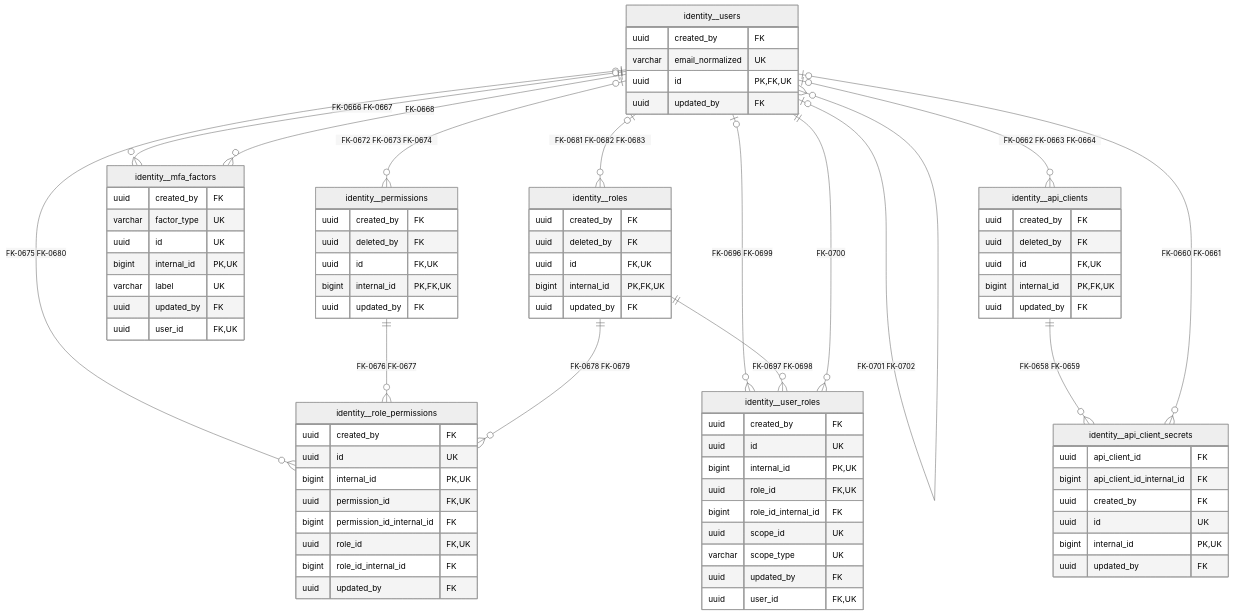
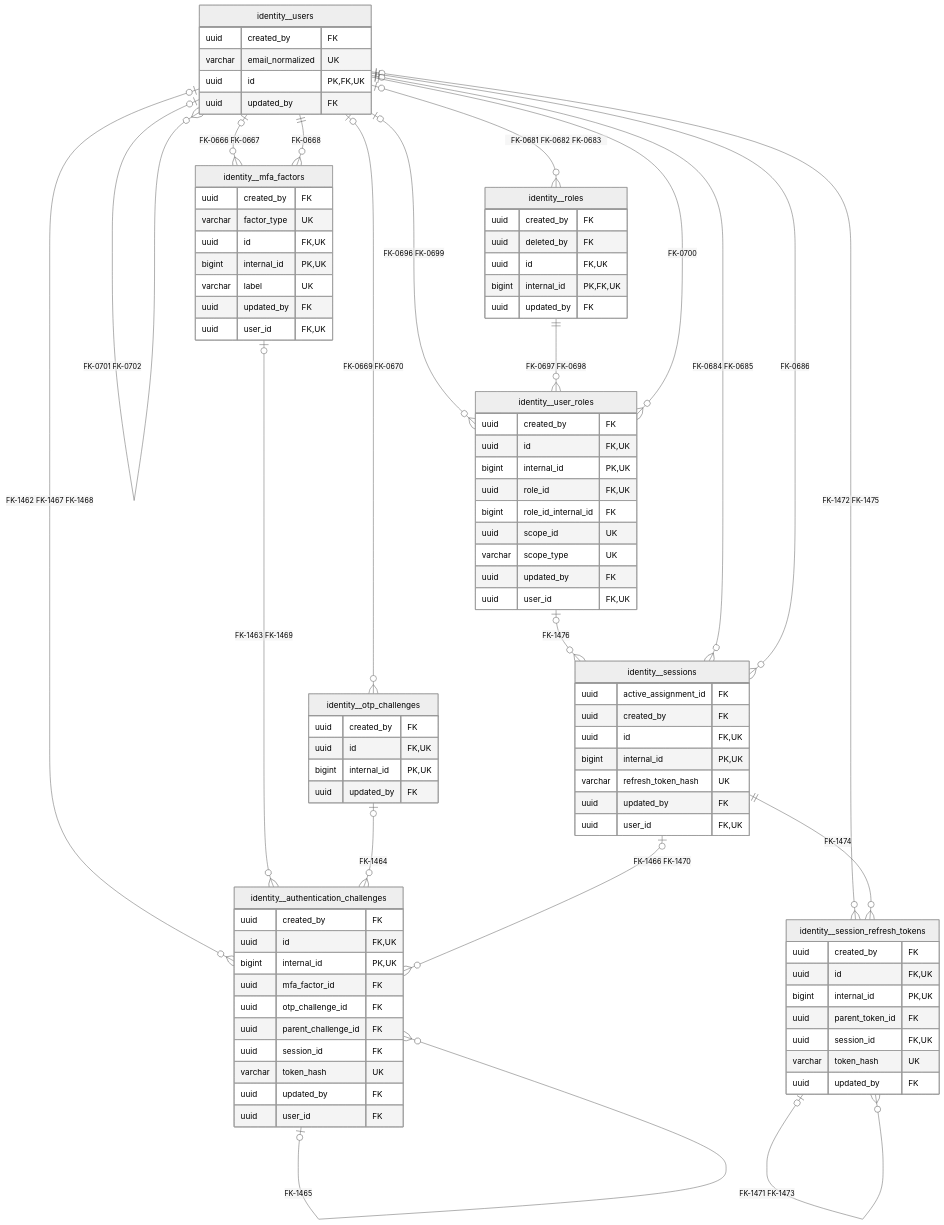
Before and after one commit to shiladityamajumder/pharmville-docs: the first of 2 diagrams in 04-Database/ER-Diagrams/10-identity.md, drawn with Mermaid (neutral theme). The commit also changed 116 other files, not shown here.

Commit message:
Unify authentication architecture and document scoped workspace authorization

````diff
--- a/04-Database/ER-Diagrams/10-identity.md
+++ b/04-Database/ER-Diagrams/10-identity.md
@@ -36,44 +38,30 @@
 ```mermaid
 erDiagram
-    identity__api_client_secrets {
-        uuid api_client_id FK
-        bigint api_client_id_internal_id FK
+    identity__authentication_challenges {
         uuid created_by FK
-        uuid id UK
+        uuid id FK, UK
         bigint internal_id PK, UK
+        uuid mfa_factor_id FK
+        uuid otp_challenge_id FK
+        uuid parent_challenge_id FK
+        uuid session_id FK
+        varchar token_hash UK
         uuid updated_by FK
-    }
-    identity__api_clients {
-        uuid created_by FK
-        uuid deleted_by FK
-        uuid id FK, UK
-        bigint internal_id PK, FK, UK
-        uuid updated_by FK
+        uuid user_id FK
     }
     identity__mfa_factors {
         uuid created_by FK
         varchar factor_type UK
-        uuid id UK
+        uuid id FK, UK
         bigint internal_id PK, UK
         varchar label UK
         uuid updated_by FK
         uuid user_id FK, UK
     }
-    identity__permissions {
+    identity__otp_challenges {
         uuid created_by FK
-        uuid deleted_by FK
         uuid id FK, UK
-        bigint internal_id PK, FK, UK
-        uuid updated_by FK
-    }
-    identity__role_permissions {
-        uuid created_by FK
-        uuid id UK
         bigint internal_id PK, UK
-        uuid permission_id FK, UK
-        bigint permission_id_internal_id FK
-        uuid role_id FK, UK
-        bigint role_id_internal_id FK
         uuid updated_by FK
     }
     identity__roles {
@@ -83,9 +71,27 @@
         bigint internal_id PK, FK, UK
         uuid updated_by FK
     }
+    identity__session_refresh_tokens {
+        uuid created_by FK
+        uuid id FK, UK
+        bigint internal_id PK, UK
+        uuid parent_token_id FK
+        uuid session_id FK, UK
+        varchar token_hash UK
+        uuid updated_by FK
+    }
+    identity__sessions {
+        uuid active_assignment_id FK
+        uuid created_by FK
+        uuid id FK, UK
+        bigint internal_id PK, UK
+        varchar refresh_token_hash UK
+        uuid updated_by FK
+        uuid user_id FK, UK
+    }
     identity__user_roles {
         uuid created_by FK
-        uuid id UK
+        uuid id FK, UK
         bigint internal_id PK, UK
         uuid role_id FK, UK
         bigint role_id_internal_id FK
@@ -100,18 +106,23 @@
         uuid id PK, FK, UK
         uuid updated_by FK
     }
-    identity__users o|--o{ identity__role_permissions : "FK-0675 FK-0680"
-    identity__permissions ||--o{ identity__role_permissions : "FK-0676 FK-0677"
-    identity__roles ||--o{ identity__role_permissions : "FK-0678 FK-0679"
-    identity__users o|--o{ identity__permissions : "FK-0672 FK-0673 FK-0674"
-    identity__users o|--o{ identity__roles : "FK-0681 FK-0682 FK-0683"
+    identity__users o|--o{ identity__authentication_challenges : "FK-1462 FK-1467 FK-1468"
+    identity__mfa_factors o|--o{ identity__authentication_challenges : "FK-1463 FK-1469"
+    identity__otp_challenges o|--o{ identity__authentication_challenges : "FK-1464"
+    identity__authentication_challenges o|--o{ identity__authentication_challenges : "FK-1465"
+    identity__sessions o|--o{ identity__authentication_challenges : "FK-1466 FK-1470"
+    identity__users o|--o{ identity__mfa_factors : "FK-0666 FK-0667"
+    identity__users ||--o{ identity__mfa_factors : "FK-0668"
+    identity__users o|--o{ identity__otp_challenges : "FK-0669 FK-0670"
+    identity__session_refresh_tokens o|--o{ identity__session_refresh_tokens : "FK-1471 FK-1473"
+    identity__users o|--o{ identity__session_refresh_tokens : "FK-1472 FK-1475"
+    identity__sessions ||--o{ identity__session_refresh_tokens : "FK-1474"
+    identity__user_roles o|--o{ identity__sessions : "FK-1476"
+    identity__users o|--o{ identity__sessions : "FK-0684 FK-0685"
+    identity__users ||--o{ identity__sessions : "FK-0686"
     identity__users o|--o{ identity__user_roles : "FK-0696 FK-0699"
     identity__roles ||--o{ identity__user_roles : "FK-0697 FK-0698"
     identity__users ||--o{ identity__user_roles : "FK-0700"
+    identity__users o|--o{ identity__roles : "FK-0681 FK-0682 FK-0683"
     identity__users o|--o{ identity__users : "FK-0701 FK-0702"
-    identity__users o|--o{ identity__api_clients : "FK-0662 FK-0663 FK-0664"
-    identity__api_clients ||--o{ identity__api_client_secrets : "FK-0658 FK-0659"
-    identity__users o|--o{ identity__api_client_secrets : "FK-0660 FK-0661"
-    identity__users o|--o{ identity__mfa_factors : "FK-0666 FK-0667"
-    identity__users ||--o{ identity__mfa_factors : "FK-0668"
 ```
````
